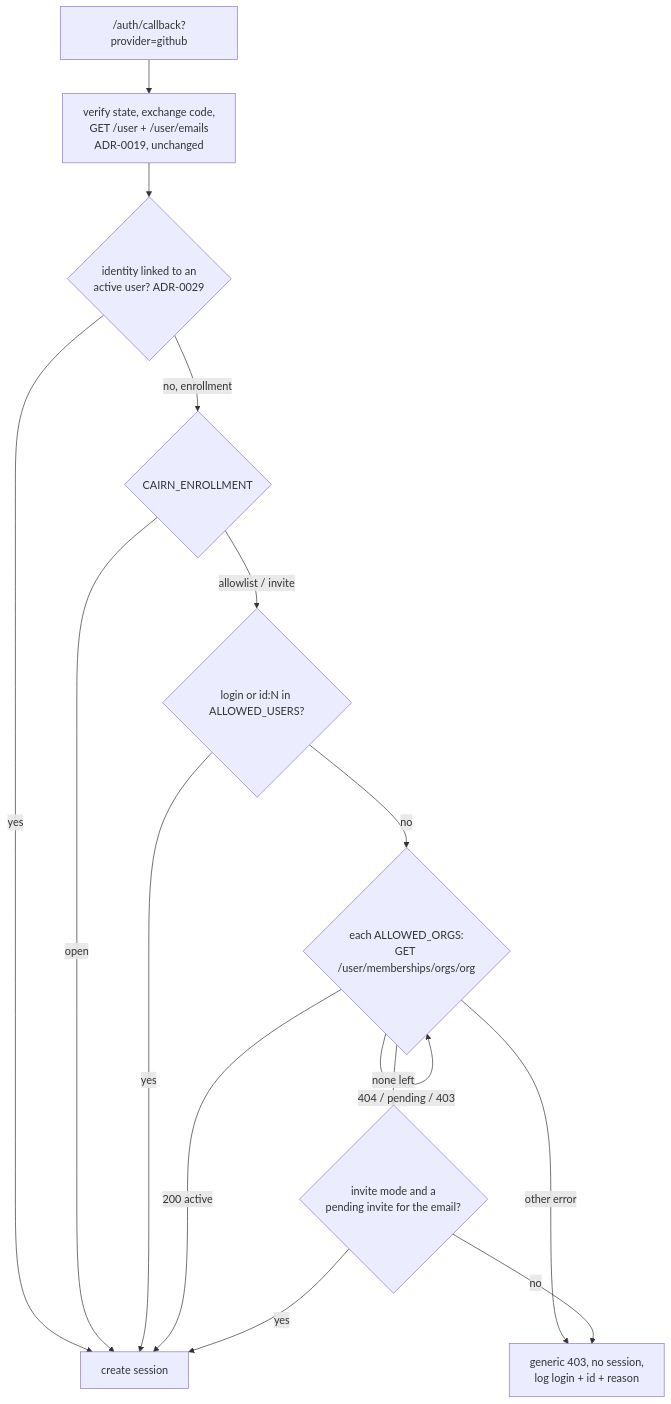
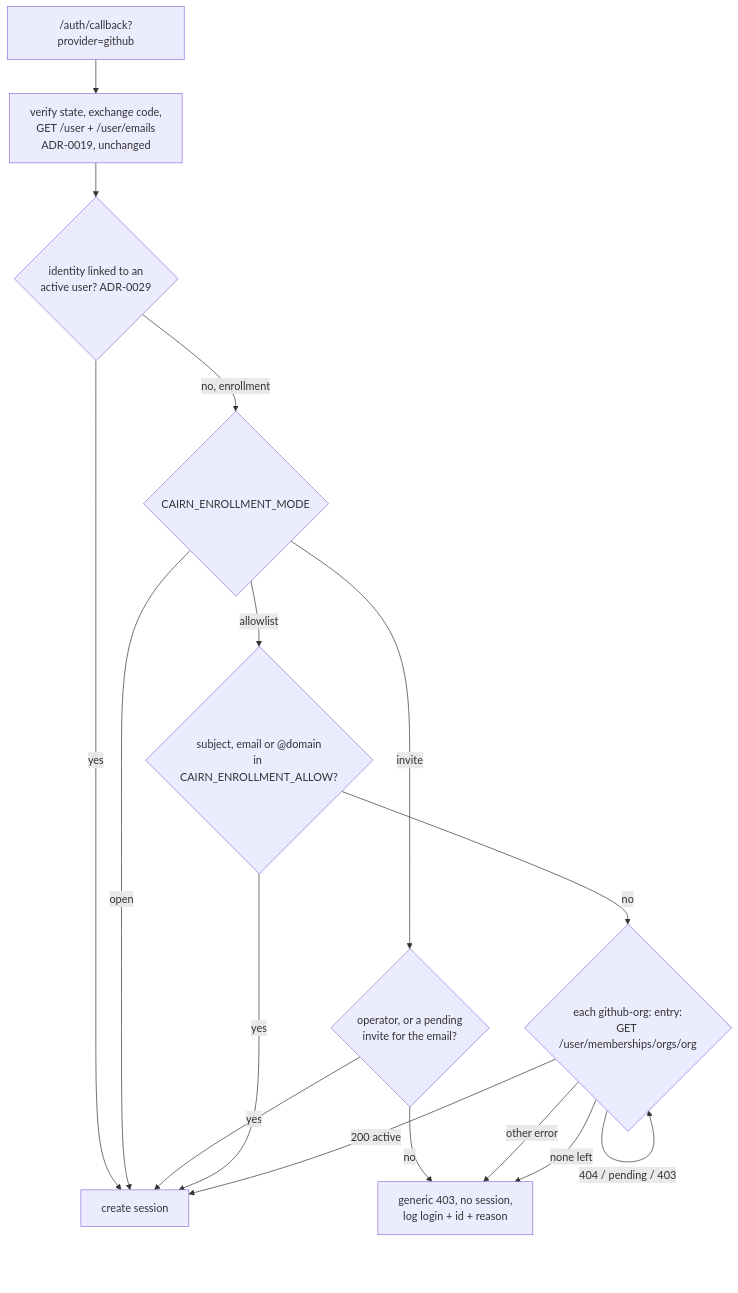
Before and after one commit to stump-wtf/cairn: the diagram in docs/adrs/ADR-0024-github-login-allowlist.md, drawn with Mermaid. The commit also changed other lines of this file and 2 other files, not shown here.

First line of the commit message:
docs(adr,spec): CAIRN_ENROLLMENT_MODE, default invite, as Switchboard

````diff
--- a/docs/adrs/ADR-0024-github-login-allowlist.md
+++ b/docs/adrs/ADR-0024-github-login-allowlist.md
@@ -269,17 +299,18 @@
 ```mermaid
 flowchart TD
     CB["/auth/callback?provider=github"] --> V[verify state, exchange code,<br/>GET /user + /user/emails<br/>ADR-0019, unchanged]
     V --> L{identity linked to an<br/>active user? ADR-0029}
     L -- yes --> SESS[create session]
-    L -- no, enrollment --> M{CAIRN_ENROLLMENT}
+    L -- no, enrollment --> M{CAIRN_ENROLLMENT_MODE}
     M -- open --> SESS
-    M -- allowlist / invite --> U{login or id:N in ALLOWED_USERS?}
+    M -- invite --> INV{operator, or a pending<br/>invite for the email?}
+    INV -- yes --> SESS
+    INV -- no --> DENY
+    M -- allowlist --> U{subject, email or @domain<br/>in CAIRN_ENROLLMENT_ALLOW?}
     U -- yes --> SESS
-    U -- no --> ORG{each ALLOWED_ORGS:<br/>GET /user/memberships/orgs/org}
+    U -- no --> ORG{each github-org: entry:<br/>GET /user/memberships/orgs/org}
     ORG -- 200 active --> SESS
     ORG -- 404 / pending / 403 --> ORG
     ORG -- other error --> DENY
-    ORG -- none left --> INV{invite mode and a<br/>pending invite for the email?}
-    INV -- yes --> SESS
-    INV -- no --> DENY[generic 403, no session,<br/>log login + id + reason]
+    ORG -- none left --> DENY[generic 403, no session,<br/>log login + id + reason]
 ```
````
